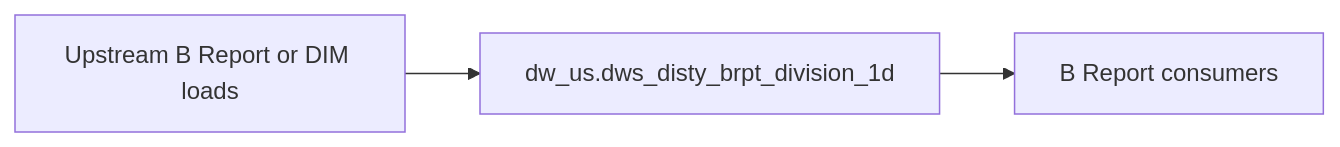
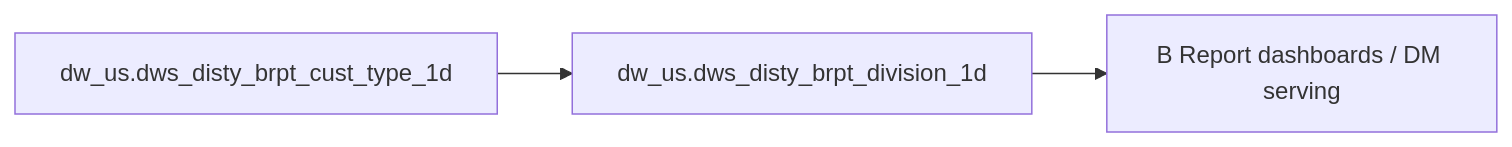
Before and after one commit to chengduhaha/data_agent: the diagram in backend/defaults/b_report/workspace/target/knowledgebase/b-report-us/dws_disty_brpt_division_1d.md, drawn with Mermaid. The commit also changed other lines of this file and 1108 other files, not shown here.

````diff
--- a/backend/defaults/b_report/workspace/target/knowledgebase/b-report-us/dws_disty_brpt_division_1d.md
+++ b/backend/defaults/b_report/workspace/target/knowledgebase/b-report-us/dws_disty_brpt_division_1d.md
@@ -142,8 +267,8 @@
 ```mermaid
 flowchart LR
-  upstream[Upstream B Report or DIM loads]
-  tgt["dw_us.dws_disty_brpt_division_1d"]
-  brpt[B Report consumers]
-  upstream --> tgt
-  tgt --> brpt
+  dw_us_dws_disty_brpt_division_1d["dw_us.dws_disty_brpt_division_1d"]
+  src0["dw_us.dws_disty_brpt_cust_type_1d"]
+  src0 --> dw_us_dws_disty_brpt_division_1d
+  consumers["B Report dashboards / DM serving"]
+  dw_us_dws_disty_brpt_division_1d --> consumers
 ```
````
